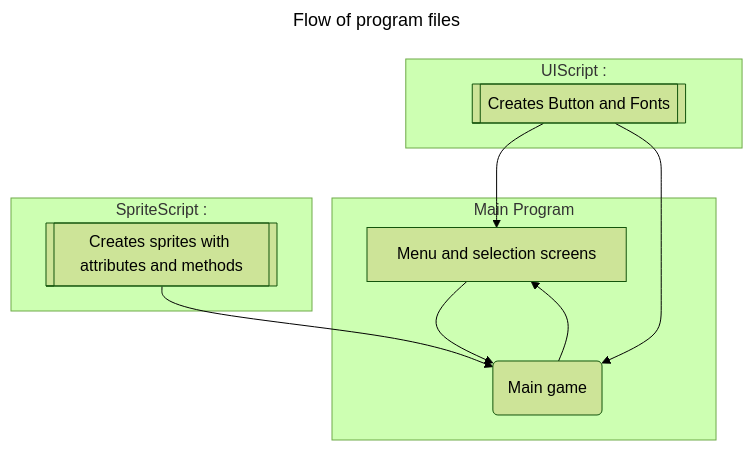
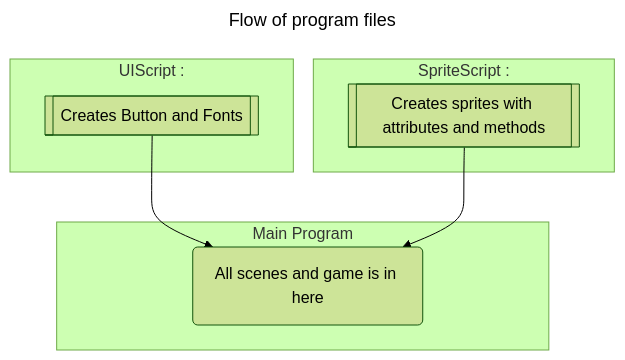
One commit to reeseH146/Fighting-game changed the first of 2 diagrams in readme.md. Above: the diagram before and after it, drawn with Mermaid (forest theme). The commit also changed other lines of this file and 3 other files, not shown here.

````diff
--- a/readme.md
+++ b/readme.md
@@ -40,28 +40,24 @@
 ```mermaid
 ---
 title : Flow of program files
 ---
 graph TD;
     %% Each main element of the program
-    MenuScript["Menu and selection screens"]
+    MainScript("All scenes and game is in here")
     UIScript[["Creates Button and Fonts"]]
-    GameScript("Main game")
     SpriteScript[["Creates sprites with attributes and methods"]]
 
     %% Groups different parts of the program together
     subgraph "Main Program"
-        MenuScript
-        GameScript
+        MainScript
         end
     subgraph "UIScript : "
         UIScript
         end
     subgraph "SpriteScript :"
         SpriteScript
         end
     
     %% I cannot figure out how to reorganise this diagram to be more accurate but this shall suffice
-    MenuScript --> GameScript --> MenuScript
-    UIScript --> MenuScript & GameScript
-    SpriteScript --> GameScript
+    UIScript & SpriteScript --> MainScript
 ```
````
